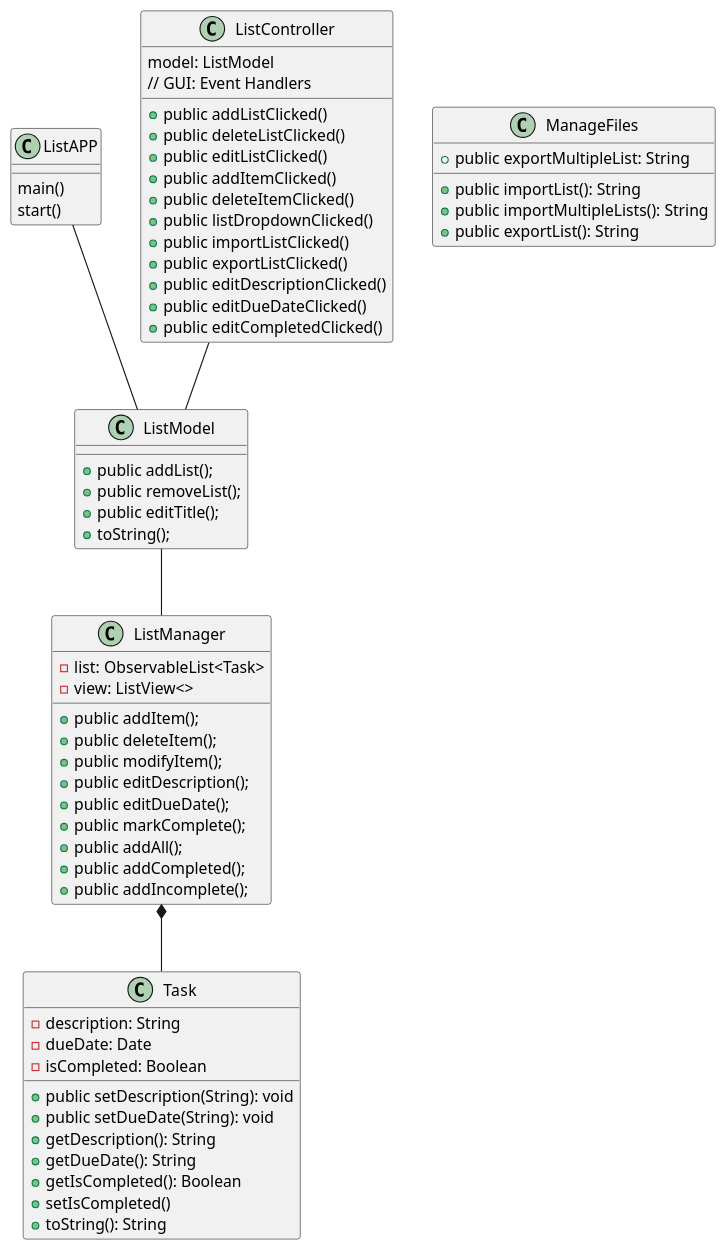
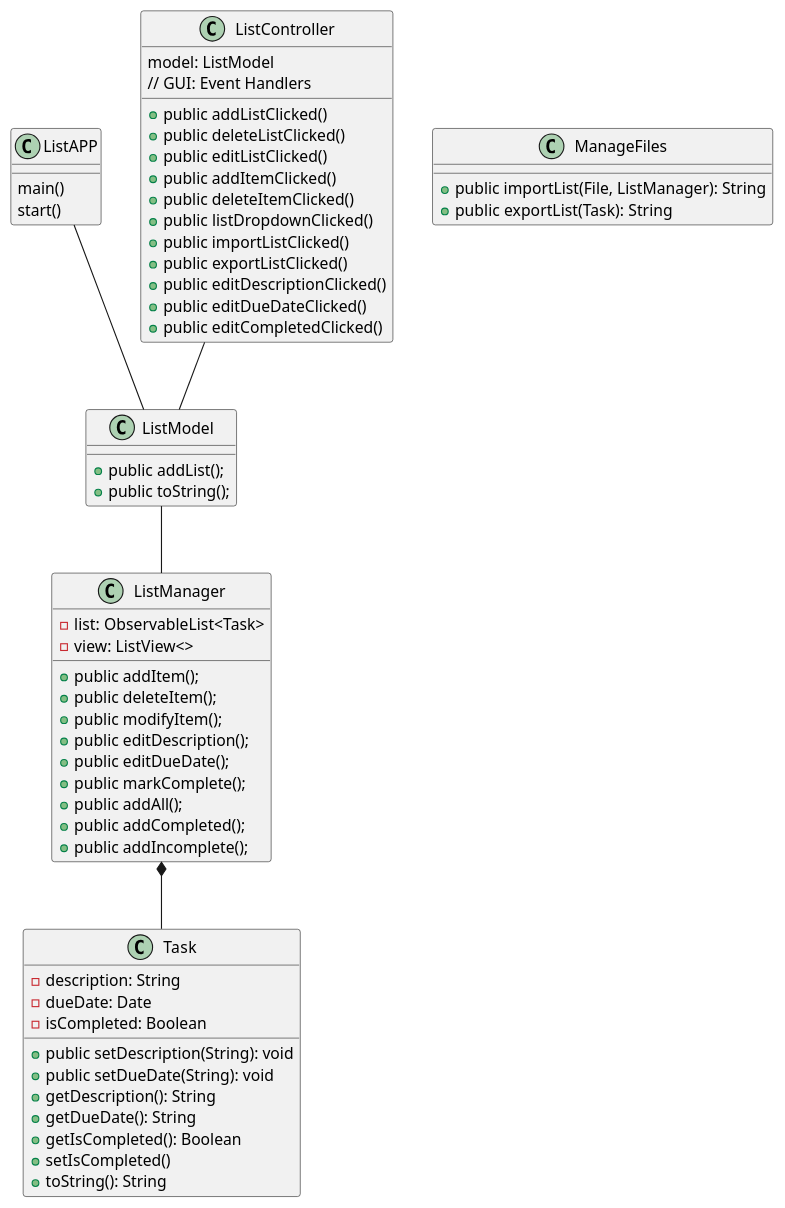
One commit to HarshBrownsVI/Inventory-Application changed the diagram in uml/ListControl.puml. Above: the diagram before and after it, drawn with PlantUML.

Commit message:
Assignment 4 Sol

```diff
--- a/uml/ListControl.puml
+++ b/uml/ListControl.puml
@@ -1,77 +1,73 @@
 @startuml
 'https://plantuml.com/class-diagram
 
 class ListAPP{
 main()
 start()
 }
 
 class ListController
 {
 model: ListModel
 // GUI: Event Handlers
 + public addListClicked()
 + public deleteListClicked()
 + public editListClicked()
 + public addItemClicked()
 + public deleteItemClicked()
 + public listDropdownClicked()
 + public importListClicked()
 + public exportListClicked()
 + public editDescriptionClicked()
 + public editDueDateClicked()
 + public editCompletedClicked()
 
 }
 
 class ListModel{
 +public addList();
-+ public removeList();
-+ public editTitle();
-+toString();
++public toString();
 }
 
 class ListManager
 {
  - list: ObservableList<Task>
  - view: ListView<>
 + public addItem();
 + public deleteItem();
 +public modifyItem();
 +public editDescription();
 +public editDueDate();
 +public markComplete();
 +public addAll();
 +public addCompleted();
 +public addIncomplete();
 
 
 }
 ListAPP-- ListModel
 ListController -- ListModel
 ListModel -- ListManager
 ListManager*-- Task
 
 class ManageFiles
 {
-+public importList(): String
-+public importMultipleLists(): String
-+public exportList(): String
-+public exportMultipleList: String
++public importList(File, ListManager): String
++public exportList(Task): String
 
 }
 class Task{
     -description: String
     -dueDate: Date
     -isCompleted: Boolean
 
     +public setDescription(String): void
     +public setDueDate(String): void
     +getDescription(): String
     +getDueDate(): String
     +getIsCompleted(): Boolean
     +setIsCompleted()
     +toString(): String
 }
 
 @enduml
```
